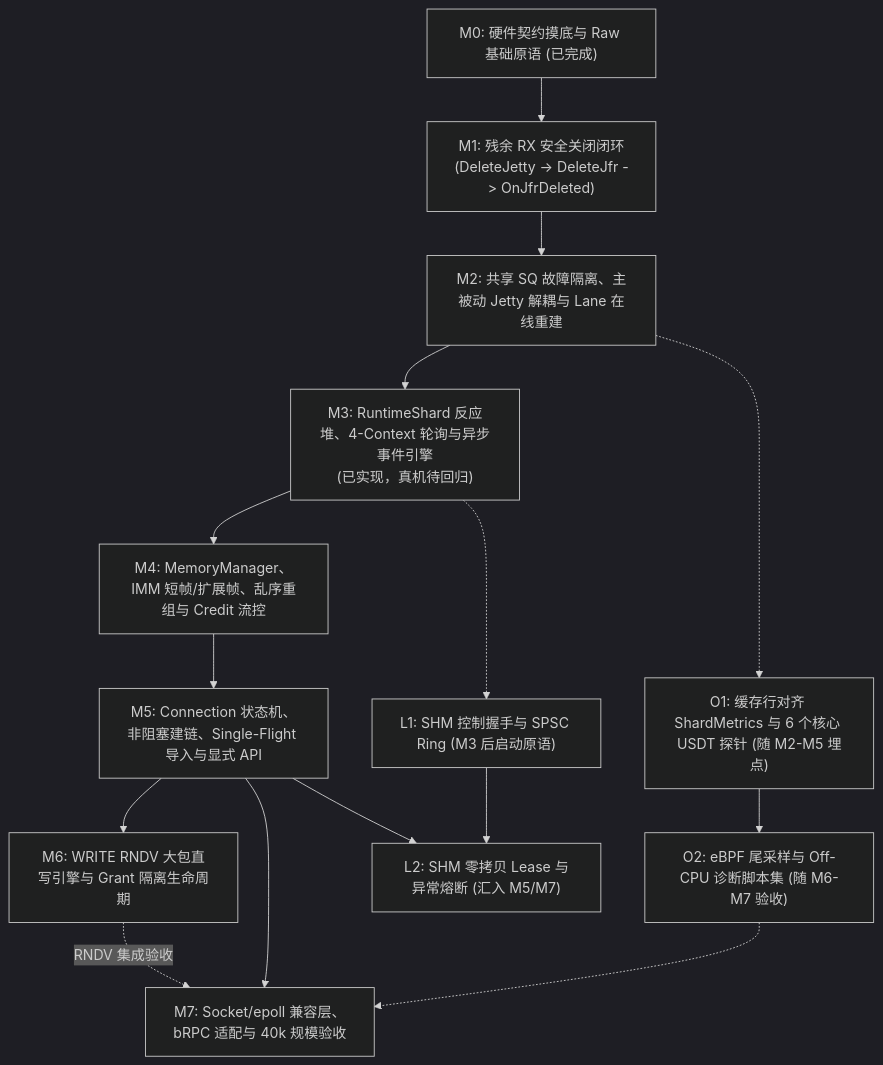
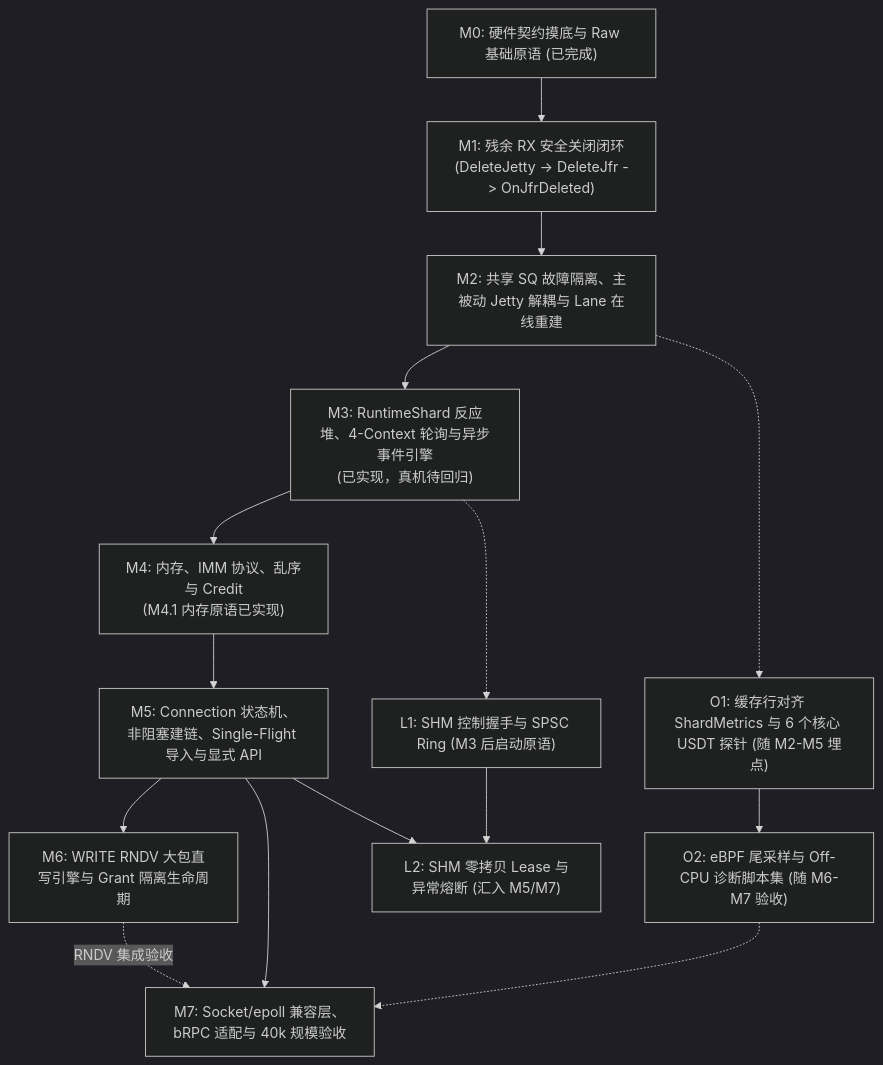
The diagram in docs/roadmap.md (condy0919/kbsocket), drawn with Mermaid (dark theme) before and after one commit. The commit also changed other lines of this file and 17 other files, not shown here.

````diff
--- a/docs/roadmap.md
+++ b/docs/roadmap.md
@@ -38,25 +39,25 @@
 ```mermaid
 flowchart TD
     M0["M0: 硬件契约摸底与 Raw 基础原语 (已完成)"]
     M1["M1: 残余 RX 安全关闭闭环<br/>(DeleteJetty -> DeleteJfr -> OnJfrDeleted)"]
     M2["M2: 共享 SQ 故障隔离、主被动 Jetty 解耦与 Lane 在线重建"]
     M3["M3: RuntimeShard 反应堆、4-Context 轮询与异步事件引擎<br/>(已实现，真机待回归)"]
-    M4["M4: MemoryManager、IMM 短帧/扩展帧、乱序重组与 Credit 流控"]
+    M4["M4: 内存、IMM 协议、乱序与 Credit<br/>(M4.1 内存原语已实现)"]
     M5["M5: Connection 状态机、非阻塞建链、Single-Flight 导入与显式 API"]
     M6["M6: WRITE RNDV 大包直写引擎与 Grant 隔离生命周期"]
     M7["M7: Socket/epoll 兼容层、bRPC 适配与 40k 规模验收"]
 
     L1["L1: SHM 控制握手与 SPSC Ring (M3 后启动原语)"]
     L2["L2: SHM 零拷贝 Lease 与异常熔断 (汇入 M5/M7)"]
     O1["O1: 缓存行对齐 ShardMetrics 与 6 个核心 USDT 探针 (随 M2-M5 埋点)"]
     O2["O2: eBPF 尾采样与 Off-CPU 诊断脚本集 (随 M6-M7 验收)"]
 
     M0 --> M1 --> M2 --> M3 --> M4 --> M5
     M5 --> M6
     M5 --> M7
     M6 -.->|"RNDV 集成验收"| M7
     M2 -.-> O1
     M3 -.-> L1 --> L2
     M5 --> L2
     O1 --> O2 -.-> M7
 ```
````
